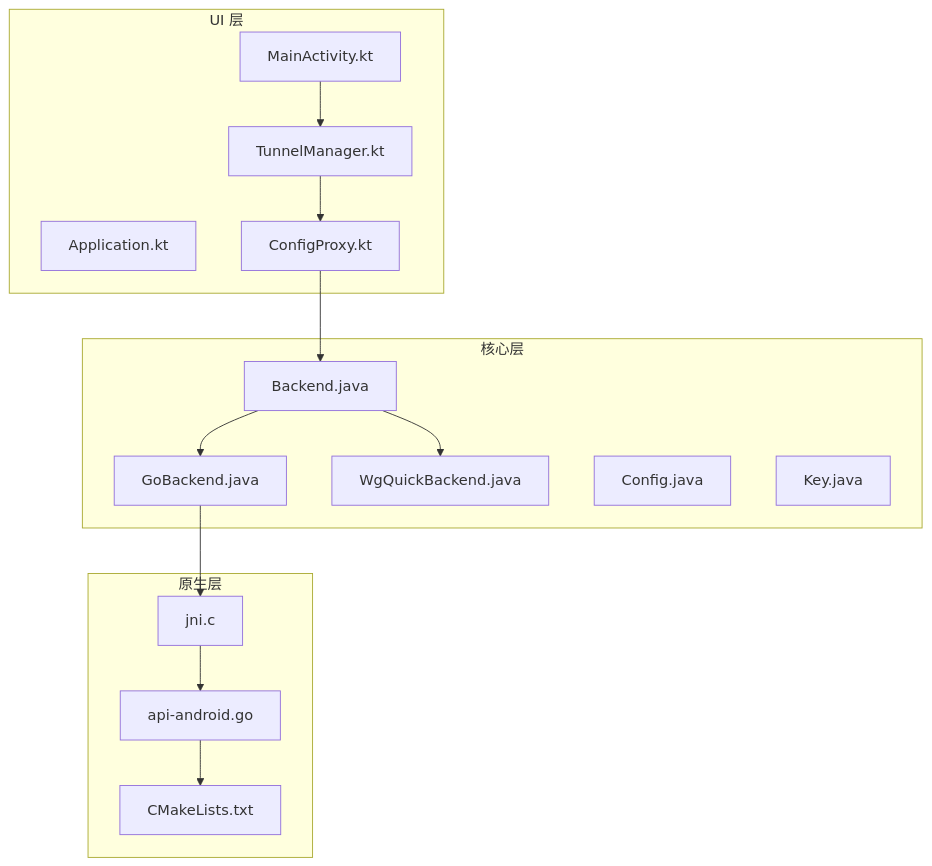
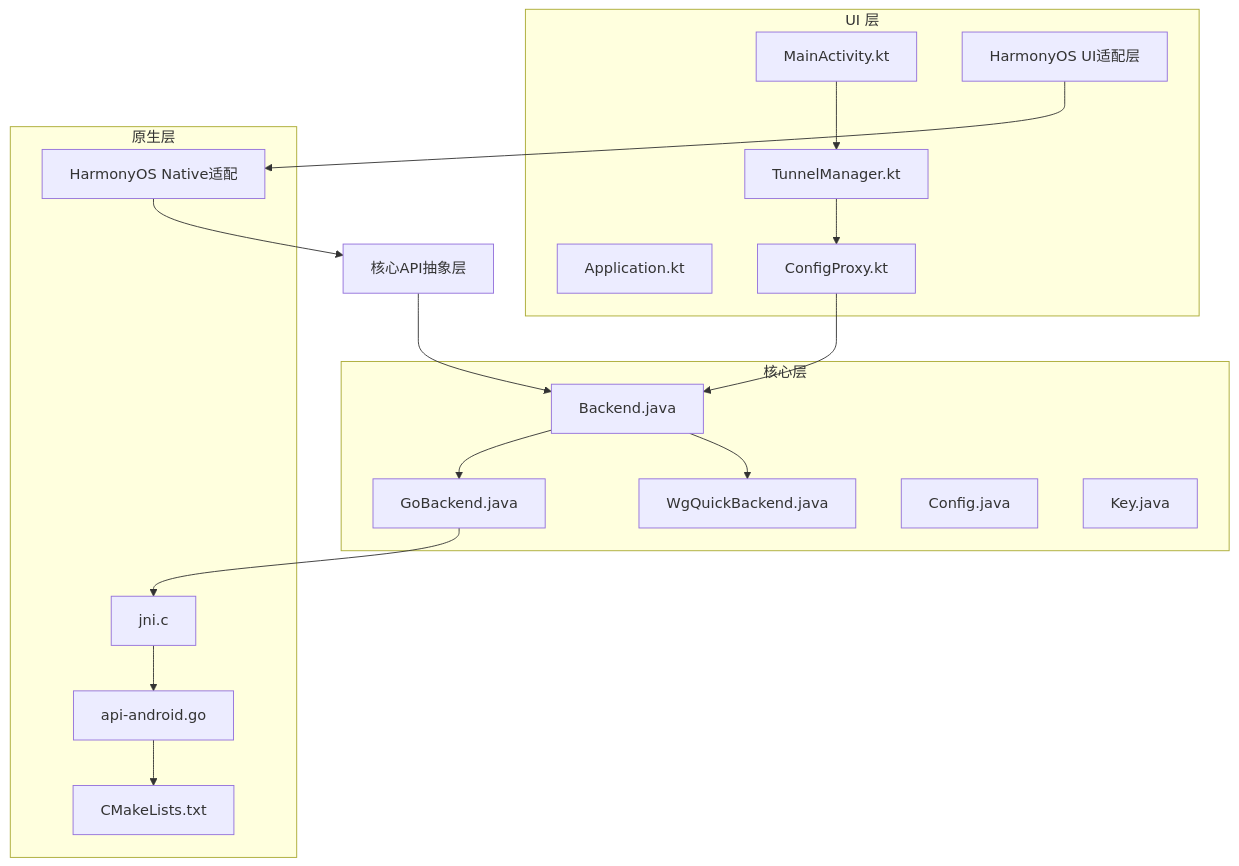
Before and after one commit to tea4go/wireguard-android: the second of 6 diagrams in .qoder/repowiki/zh/content/开发指南/开发指南.md, drawn with Mermaid. The commit also changed other lines of this file and 3 other files, not shown here.

````diff
--- a/.qoder/repowiki/zh/content/开发指南/开发指南.md
+++ b/.qoder/repowiki/zh/content/开发指南/开发指南.md
@@ -116,29 +134,34 @@
 ```mermaid
 graph TB
 subgraph "UI 层"
 app["Application.kt"]
 main_activity["MainActivity.kt"]
 tunnel_manager["TunnelManager.kt"]
 config_proxy["ConfigProxy.kt"]
+harmony_ui["HarmonyOS UI适配层"]
 end
 subgraph "核心层"
 backend_iface["Backend.java"]
 go_backend["GoBackend.java"]
 wg_quick_backend["WgQuickBackend.java"]
 config_model["Config.java"]
 crypto_key["Key.java"]
 end
 subgraph "原生层"
 jni_c["jni.c"]
 api_go["api-android.go"]
 cmake["CMakeLists.txt"]
+harmony_native["HarmonyOS Native适配"]
 end
 main_activity --> tunnel_manager
 tunnel_manager --> config_proxy
 config_proxy --> backend_iface
 backend_iface --> go_backend
 backend_iface --> wg_quick_backend
 go_backend --> jni_c
 jni_c --> api_go
 api_go --> cmake
+harmony_ui --> harmony_native
+harmony_native --> core_layer["核心API抽象层"]
+core_layer --> backend_iface
 ```
````
